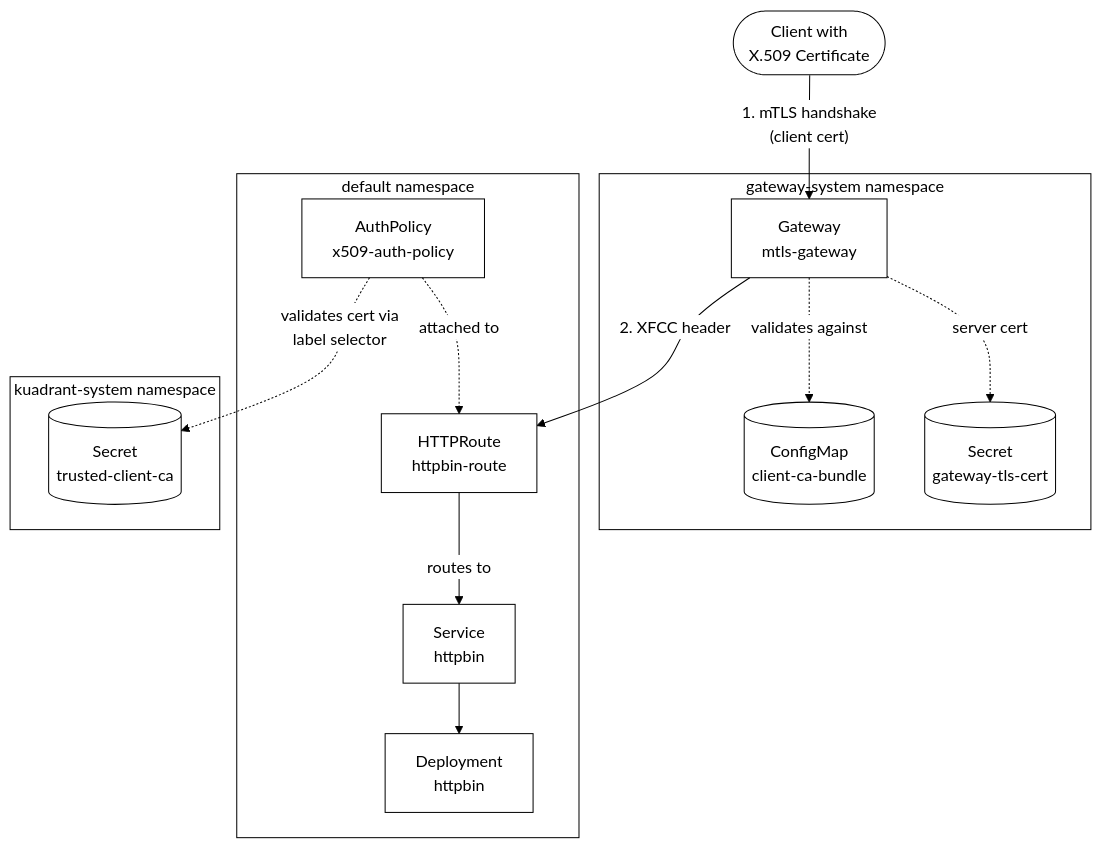
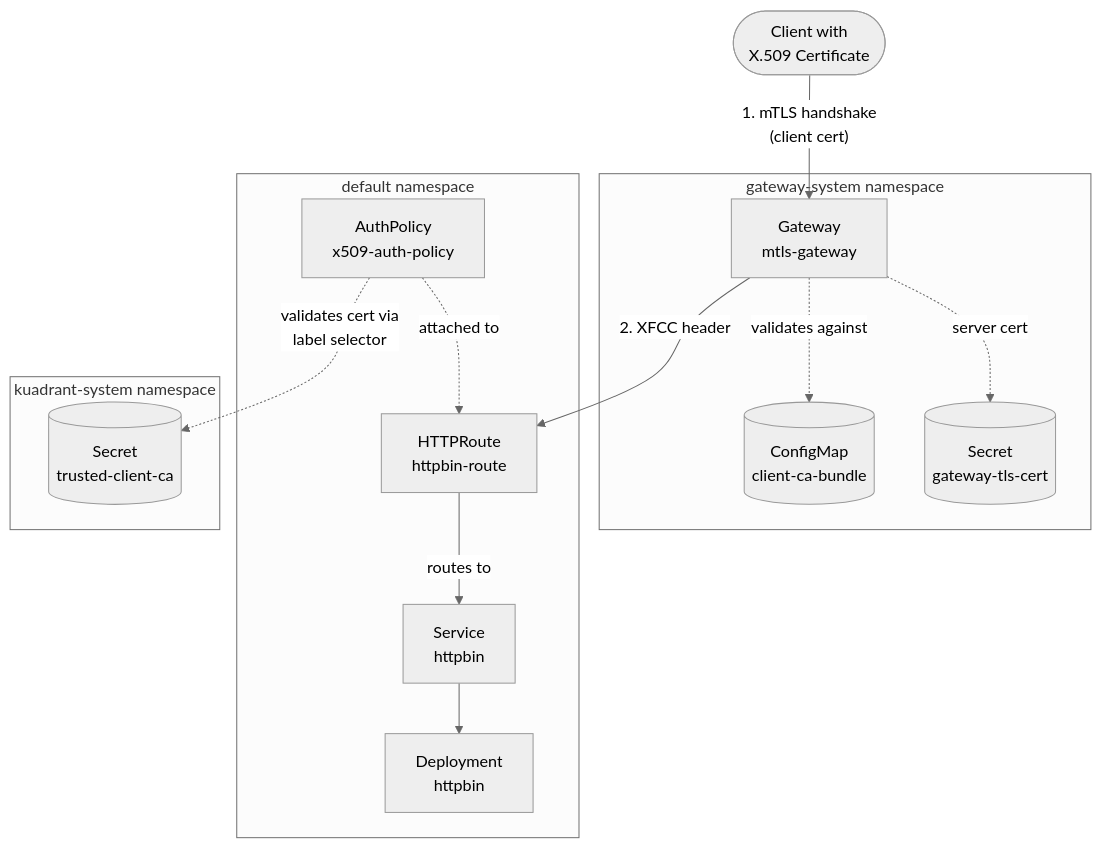
The diagram in doc/user-guides/auth/x509-tier1-gateway-api-validation.md (eguzki/kuadrant-operator), drawn with Mermaid before and after one commit. The commit also changed other lines of this file and 3 other files, not shown here.

````diff
--- a/doc/user-guides/auth/x509-tier1-gateway-api-validation.md
+++ b/doc/user-guides/auth/x509-tier1-gateway-api-validation.md
@@ -440,41 +444,31 @@
 ```mermaid
-%%{init: {'theme':'base', 'themeVariables': { 'primaryColor':'#fff','primaryTextColor':'#000','primaryBorderColor':'#000','lineColor':'#000','secondaryColor':'#fff','tertiaryColor':'#fff','clusterBkg':'#fff','clusterBorder':'#000','edgeLabelBackground':'#fff'}}}%%
+%%{init: {'theme':'neutral'}}%%
 graph TB
     Client([Client with<br/>X.509 Certificate])
 
     subgraph "gateway-system namespace"
         GW[Gateway<br/>mtls-gateway]
         CACM[(ConfigMap<br/>client-ca-bundle)]
         TLSCERT[(Secret<br/>gateway-tls-cert)]
     end
 
     subgraph "default namespace"
         HR[HTTPRoute<br/>httpbin-route]
         AP[AuthPolicy<br/>x509-auth-policy]
         SVC[Service<br/>httpbin]
         POD[Deployment<br/>httpbin]
     end
 
     subgraph "kuadrant-system namespace"
         CASEC[(Secret<br/>trusted-client-ca)]
     end
 
     Client -->|"1. mTLS handshake<br/>(client cert)"| GW
     GW -.->|validates against| CACM
     GW -.->|server cert| TLSCERT
     GW -->|"2. XFCC header"| HR
     HR -->|routes to| SVC
     SVC --> POD
     AP -.->|attached to| HR
     AP -.->|validates cert via<br/>label selector| CASEC
-
-    style GW fill:none,stroke:#000,color:#000
-    style HR fill:none,stroke:#000,color:#000
-    style AP fill:none,stroke:#000,color:#000
-    style CACM fill:none,stroke:#000,color:#000
-    style CASEC fill:none,stroke:#000,color:#000
-    style TLSCERT fill:none,stroke:#000,color:#000
-    style SVC fill:none,stroke:#000,color:#000
-    style POD fill:none,stroke:#000,color:#000
-    style Client fill:none,stroke:#000,color:#000
 ```
````
